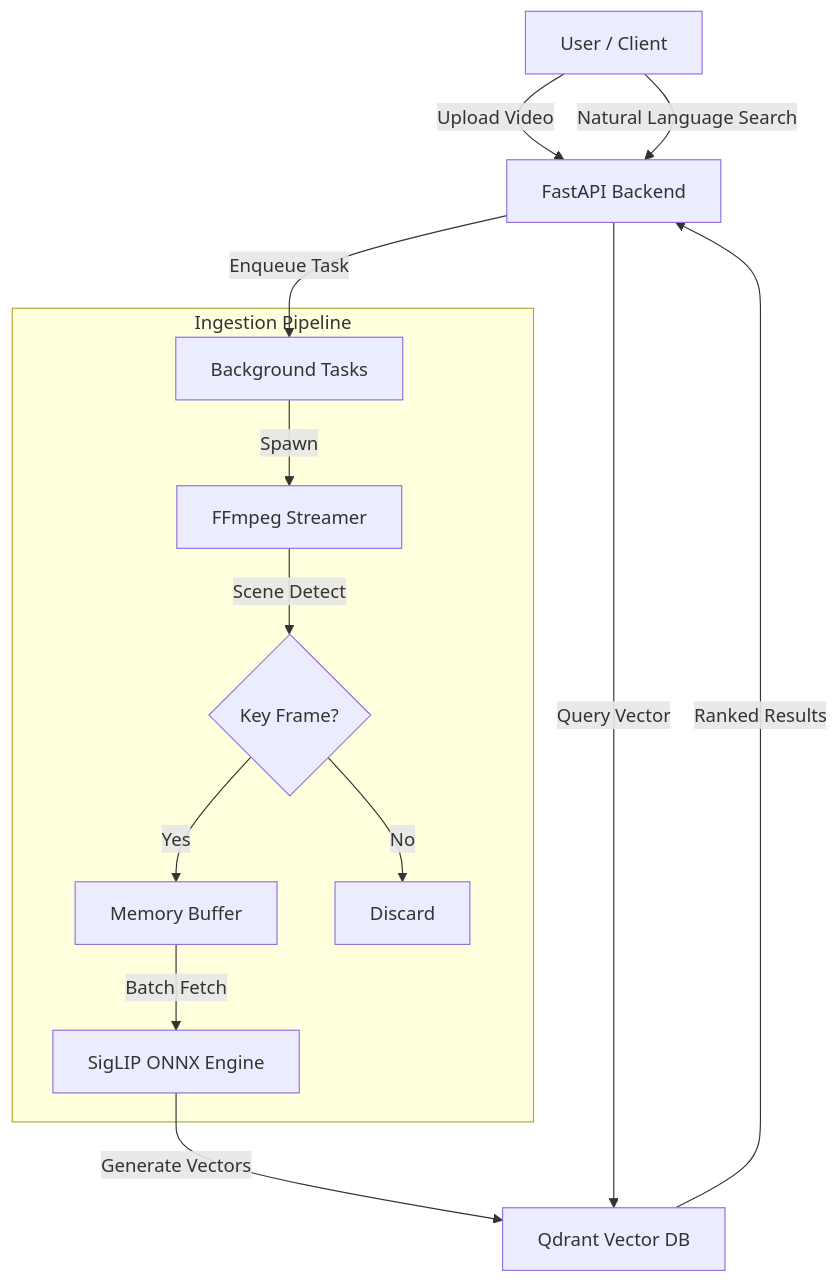
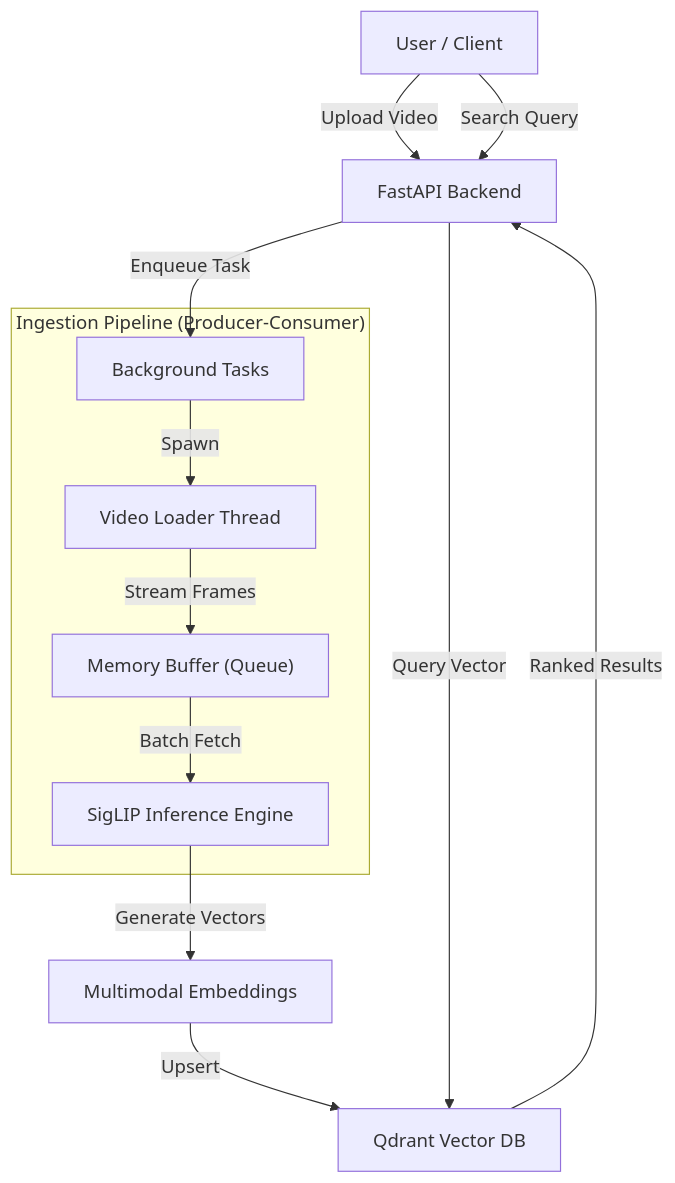
One commit to A16651/Semantic_Video_Search changed the diagram in README.md. Above: the diagram before and after it, drawn with Mermaid. The commit also changed other lines of this file and 17 other files, not shown here.

````diff
--- a/README.md
+++ b/README.md
@@ -46,19 +29,19 @@
 ```mermaid
 graph TD
     User[User / Client] -->|Upload Video| API[FastAPI Backend]
     API -->|Enqueue Task| TaskQueue[Background Tasks]
     
-    subgraph "Ingestion Pipeline"
-        TaskQueue -->|Spawn| VLoad[FFmpeg Streamer]
-        VLoad -->|Scene Detect| Filter{Key Frame?}
-        Filter -->|Yes| MemBuf["Memory Buffer"]
-        Filter -->|No| Skip[Discard]
-        MemBuf -->|Batch Fetch| Inference[SigLIP ONNX Engine]
+    subgraph "Ingestion Pipeline (Producer-Consumer)"
+        TaskQueue -->|Spawn| VLoad[Video Loader Thread]
+        VLoad -->|Stream Frames| MemBuf["Memory Buffer (Queue)"]
+        MemBuf -->|Batch Fetch| Inference[SigLIP Inference Engine]
     end
     
-    Inference -->|Generate Vectors| Qdrant[Qdrant Vector DB]
+    Inference -->|Generate Vectors| Embeddings[Multimodal Embeddings]
+    Embeddings -->|Upsert| Qdrant[Qdrant Vector DB]
     
-    User -->|Natural Language Search| API
+    User -->|Search Query| API
     API -->|Query Vector| Qdrant
     Qdrant -->|Ranked Results| API
+
 ```
````
